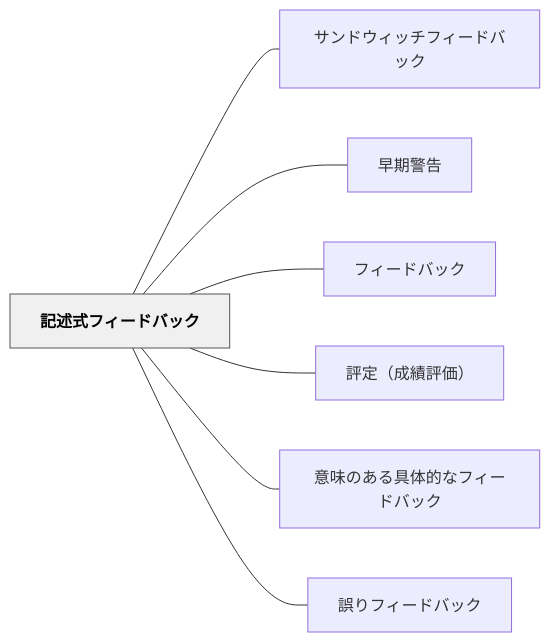
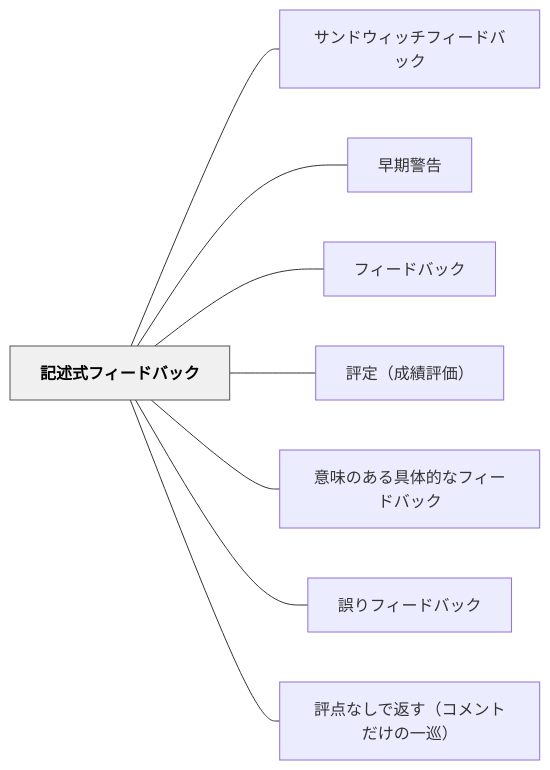
One commit to unknownthings-ed-patterns/unknownthings-ed-patterns changed the diagram in content/パタン/記述式フィードバック.md. Above: the diagram before and after it, drawn with Mermaid. The commit also changed other lines of this file and 2 other files, not shown here.

````diff
--- a/content/パタン/記述式フィードバック.md
+++ b/content/パタン/記述式フィードバック.md
@@ -54,20 +59,22 @@
 ```mermaid
 flowchart LR
     ne8a898e8bfb0e5bc8fe38395e382a3e383bce38389e38390e38383e382af["記述式フィードバック"]
     ne382b5e383b3e38389e382a6e382a3e38383e38381e38395e382a3e383bce38389e38390e38383e382af["サンドウィッチフィードバック"]
     ne697a9e69c9fe8ada6e5918a["早期警告"]
     ne38395e382a3e383bce38389e38390e38383e382af["フィードバック"]
     ne8a995e5ae9aefbc88e68890e7b8bee8a995e4bea1efbc89["評定（成績評価）"]
     ne6848fe591b3e381aee38182e3828be585b7e4bd93e79a84e381aae38395e382a3e383bce38389e38390e38383e382af["意味のある具体的なフィードバック"]
     ne8aaa4e3828ae38395e382a3e383bce38389e38390e38383e382af["誤りフィードバック"]
+    ne8a995e782b9e381aae38197e381a7e8bf94e38199efbc88e382b3e383a1e383b3e38388e381a0e38191e381aee4b880e5b7a1efbc89["評点なしで返す（コメントだけの一巡）"]
 
     ne8a898e8bfb0e5bc8fe38395e382a3e383bce38389e38390e38383e382af --- ne382b5e383b3e38389e382a6e382a3e38383e38381e38395e382a3e383bce38389e38390e38383e382af
     ne8a898e8bfb0e5bc8fe38395e382a3e383bce38389e38390e38383e382af --- ne697a9e69c9fe8ada6e5918a
     ne8a898e8bfb0e5bc8fe38395e382a3e383bce38389e38390e38383e382af --- ne38395e382a3e383bce38389e38390e38383e382af
     ne8a898e8bfb0e5bc8fe38395e382a3e383bce38389e38390e38383e382af --- ne8a995e5ae9aefbc88e68890e7b8bee8a995e4bea1efbc89
     ne8a898e8bfb0e5bc8fe38395e382a3e383bce38389e38390e38383e382af --- ne6848fe591b3e381aee38182e3828be585b7e4bd93e79a84e381aae38395e382a3e383bce38389e38390e38383e382af
     ne8a898e8bfb0e5bc8fe38395e382a3e383bce38389e38390e38383e382af --- ne8aaa4e3828ae38395e382a3e383bce38389e38390e38383e382af
+    ne8a898e8bfb0e5bc8fe38395e382a3e383bce38389e38390e38383e382af --- ne8a995e782b9e381aae38197e381a7e8bf94e38199efbc88e382b3e383a1e383b3e38388e381a0e38191e381aee4b880e5b7a1efbc89
 
     classDef hub fill:#f0f0f0,stroke:#555,color:#000,font-weight:bold
     class ne8a898e8bfb0e5bc8fe38395e382a3e383bce38389e38390e38383e382af hub
 ```
````
